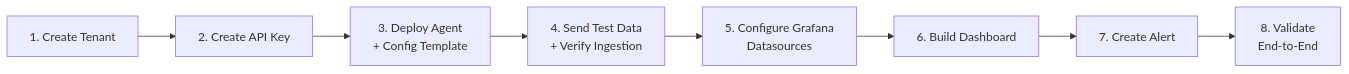
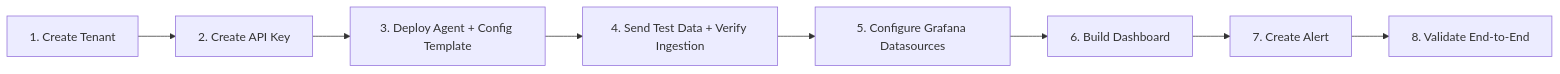
One commit to xscaler/training changed the diagram in docs/session-7/overview.md. Above: the diagram before and after it, drawn with Mermaid. The commit also changed 38 other files, not shown here.

First line of the commit message:
Remove internal content, fix Mermaid diagrams, and rewrite labs as customer-facing exercises

````diff
--- a/docs/session-7/overview.md
+++ b/docs/session-7/overview.md
@@ -41,10 +41,10 @@
 ```mermaid
 graph LR
     T[1. Create Tenant] --> K[2. Create API Key]
-    K --> A[3. Deploy Agent\n+ Config Template]
-    A --> D[4. Send Test Data\n+ Verify Ingestion]
-    D --> G[5. Configure Grafana\nDatasources]
+    K --> A[3. Deploy Agent + Config Template]
+    A --> D[4. Send Test Data + Verify Ingestion]
+    D --> G[5. Configure Grafana Datasources]
     G --> DB[6. Build Dashboard]
     DB --> AL[7. Create Alert]
-    AL --> V[8. Validate\nEnd-to-End]
+    AL --> V[8. Validate End-to-End]
 ```
````
